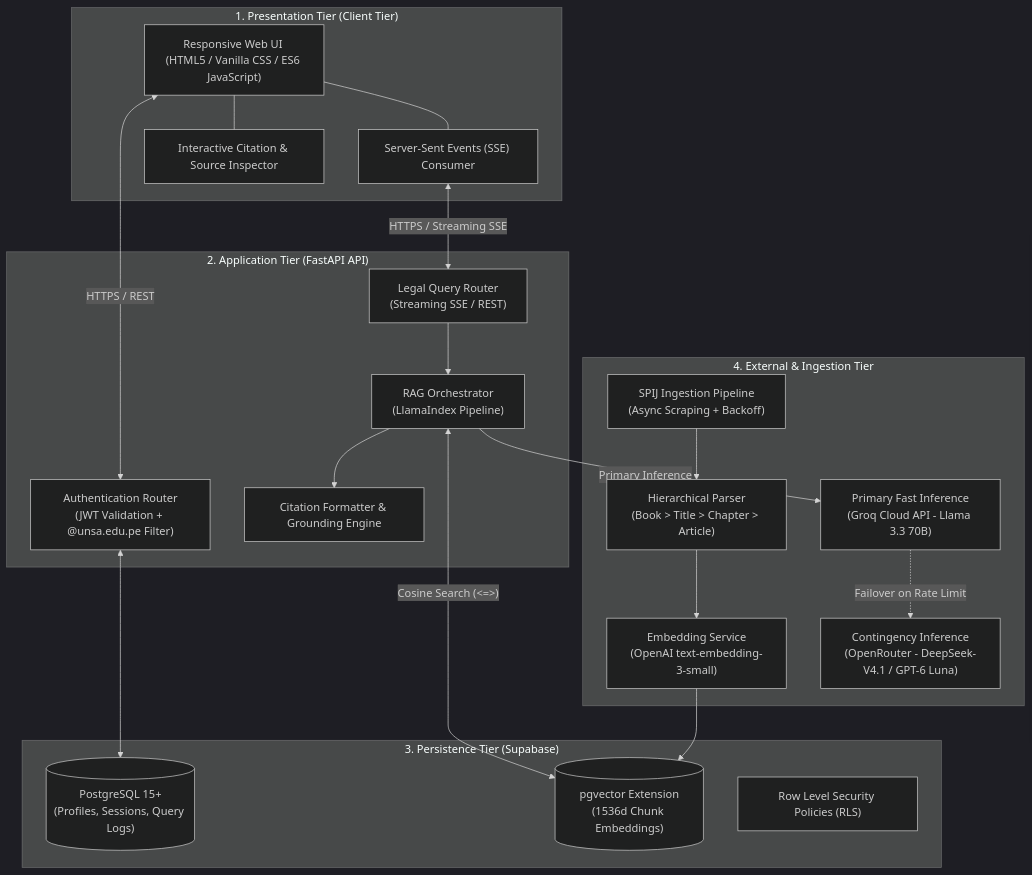
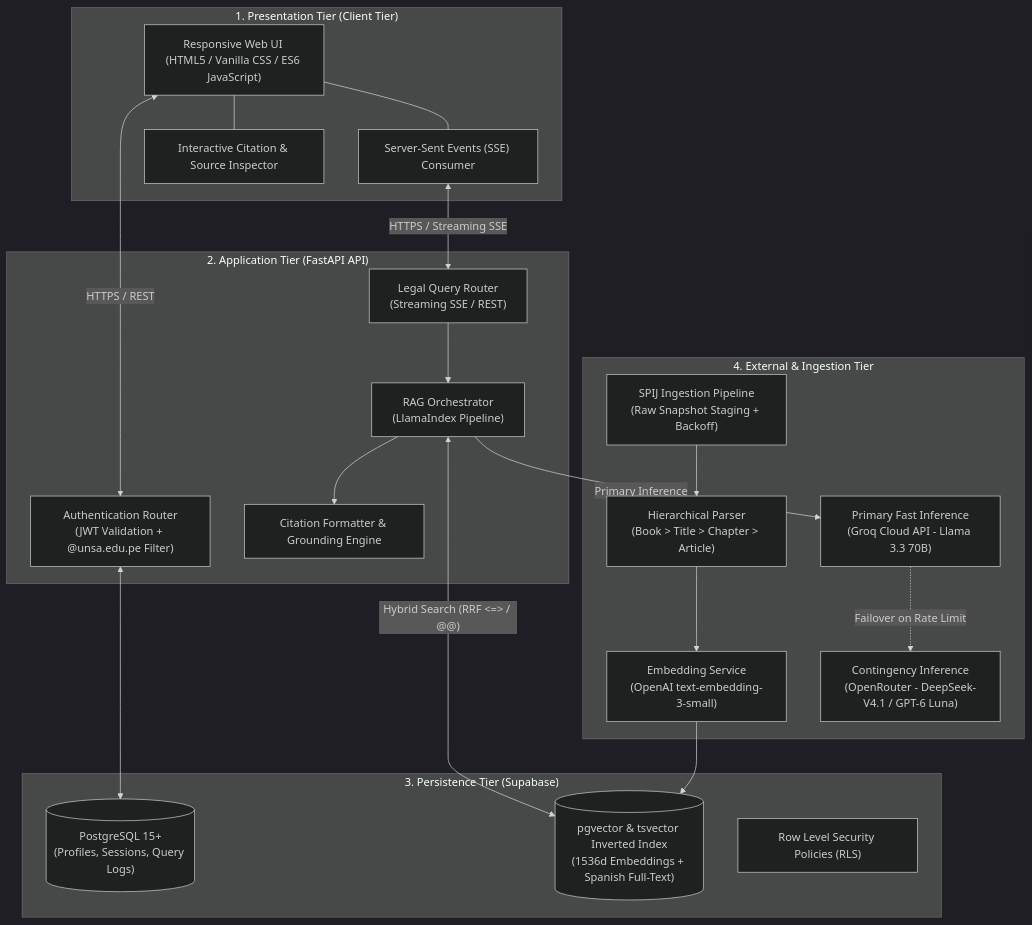
One commit to jorghee/inti-rag changed the first of 2 diagrams in docs/architecture/overview.md. Above: the diagram before and after it, drawn with Mermaid (dark theme). The commit also changed other lines of this file and 6 other files, not shown here.

First line of the commit message:
docs(architecture): integrate hybrid search, RRF scoring, prompt guardrails, and mega-article safeguards

````diff
--- a/docs/architecture/overview.md
+++ b/docs/architecture/overview.md
@@ -21,42 +21,42 @@
 ```mermaid
 flowchart TD
     subgraph Tier1["1. Presentation Tier (Client Tier)"]
         WebUI["Responsive Web UI (HTML5 / Vanilla CSS / ES6 JavaScript)"]
         SSEConsumer["Server-Sent Events (SSE) Consumer"]
         CitationModal["Interactive Citation & Source Inspector"]
         WebUI --- SSEConsumer
         WebUI --- CitationModal
     end
 
     subgraph Tier2["2. Application Tier (FastAPI API)"]
         AuthRouter["Authentication Router\n(JWT Validation + @unsa.edu.pe Filter)"]
         QueryRouter["Legal Query Router\n(Streaming SSE / REST)"]
         RAGOrchestrator["RAG Orchestrator\n(LlamaIndex Pipeline)"]
         CitationFormatter["Citation Formatter & Grounding Engine"]
         
         QueryRouter --> RAGOrchestrator
         RAGOrchestrator --> CitationFormatter
     end
 
     subgraph Tier3["3. Persistence Tier (Supabase)"]
         PostgresRelational[("PostgreSQL 15+\n(Profiles, Sessions, Query Logs)")]
-        VectorStore[("pgvector Extension\n(1536d Chunk Embeddings)")]
+        VectorStore[("pgvector & tsvector Inverted Index\n(1536d Embeddings + Spanish Full-Text)")]
         RLSPolicies["Row Level Security Policies (RLS)"]
     end
 
     subgraph Tier4["4. External & Ingestion Tier"]
-        SPIJScraper["SPIJ Ingestion Pipeline\n(Async Scraping + Backoff)"]
+        SPIJScraper["SPIJ Ingestion Pipeline\n(Raw Snapshot Staging + Backoff)"]
         HierarchicalParser["Hierarchical Parser\n(Book > Title > Chapter > Article)"]
         EmbeddingService["Embedding Service\n(OpenAI text-embedding-3-small)"]
         GroqInference["Primary Fast Inference\n(Groq Cloud API - Llama 3.3 70B)"]
         OpenRouterFallback["Contingency Inference\n(OpenRouter - DeepSeek-V4.1 / GPT-6 Luna)"]
     end
 
     WebUI <-->|HTTPS / REST| AuthRouter
     SSEConsumer <-->|HTTPS / Streaming SSE| QueryRouter
     AuthRouter <--> PostgresRelational
-    RAGOrchestrator <-->|"Cosine Search (<=>)"| VectorStore
+    RAGOrchestrator <-->|"Hybrid Search (RRF <=> / @@)"| VectorStore
     RAGOrchestrator -->|Primary Inference| GroqInference
     GroqInference -.->|Failover on Rate Limit| OpenRouterFallback
     SPIJScraper --> HierarchicalParser --> EmbeddingService --> VectorStore
 ```
````
